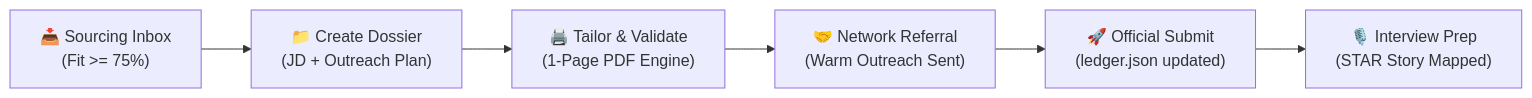
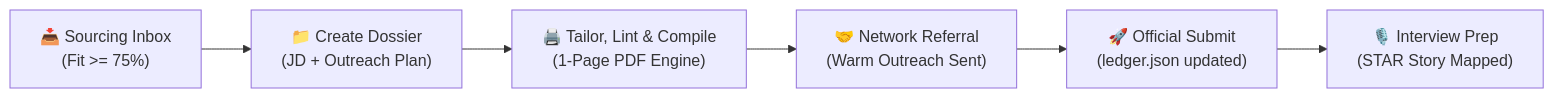
One commit to clangdanggames/agentic-career-engine changed the diagram in applications/README.md. Above: the diagram before and after it, drawn with Mermaid. The commit also changed other lines of this file and 25 other files, not shown here.

````diff
--- a/applications/README.md
+++ b/applications/README.md
@@ -41,8 +55,8 @@
 ```mermaid
 flowchart LR
     Inbox["📥 Sourcing Inbox\n(Fit >= 75%)"] --> Dossier["📁 Create Dossier\n(JD + Outreach Plan)"]
-    Dossier --> Tailor["🖨️ Tailor & Validate\n(1-Page PDF Engine)"]
+    Dossier --> Tailor["🖨️ Tailor, Lint & Compile\n(1-Page PDF Engine)"]
     Tailor --> Refer["🤝 Network Referral\n(Warm Outreach Sent)"]
     Refer --> Apply["🚀 Official Submit\n(ledger.json updated)"]
     Apply --> Prep["🎙️ Interview Prep\n(STAR Story Mapped)"]
 ```
````
